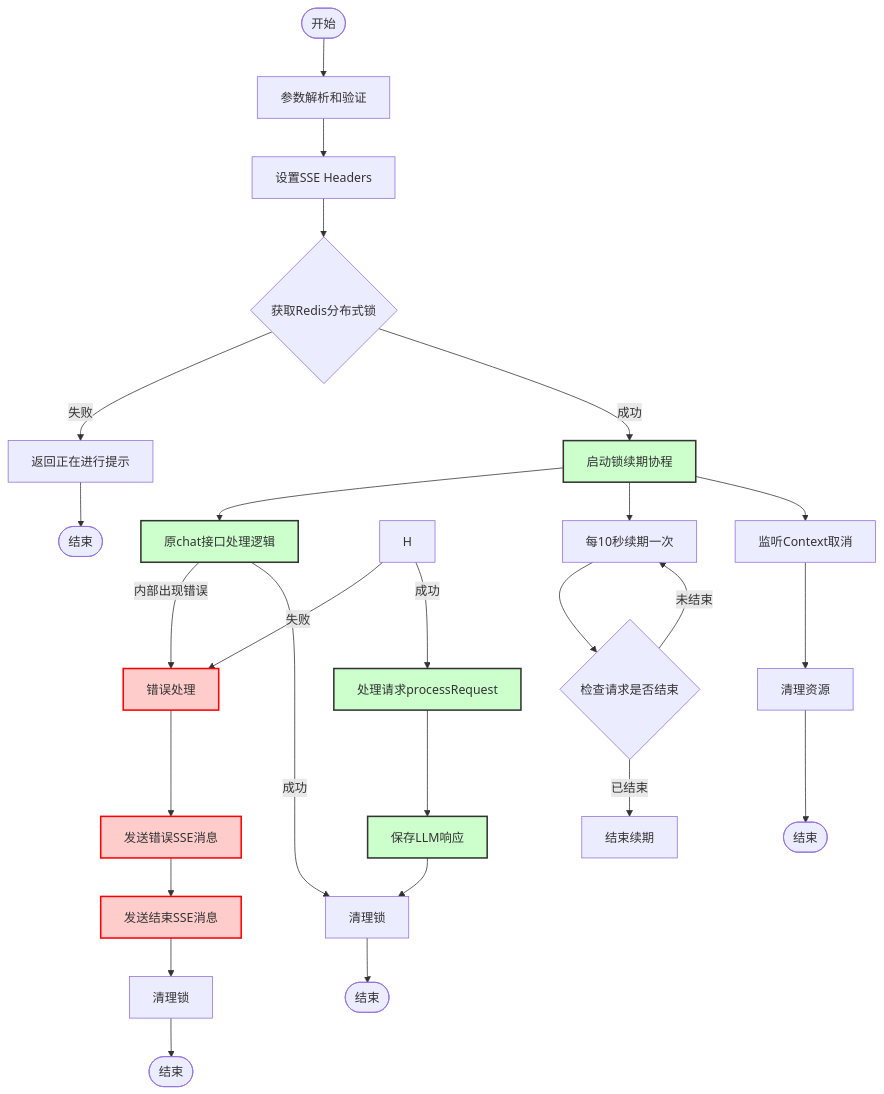
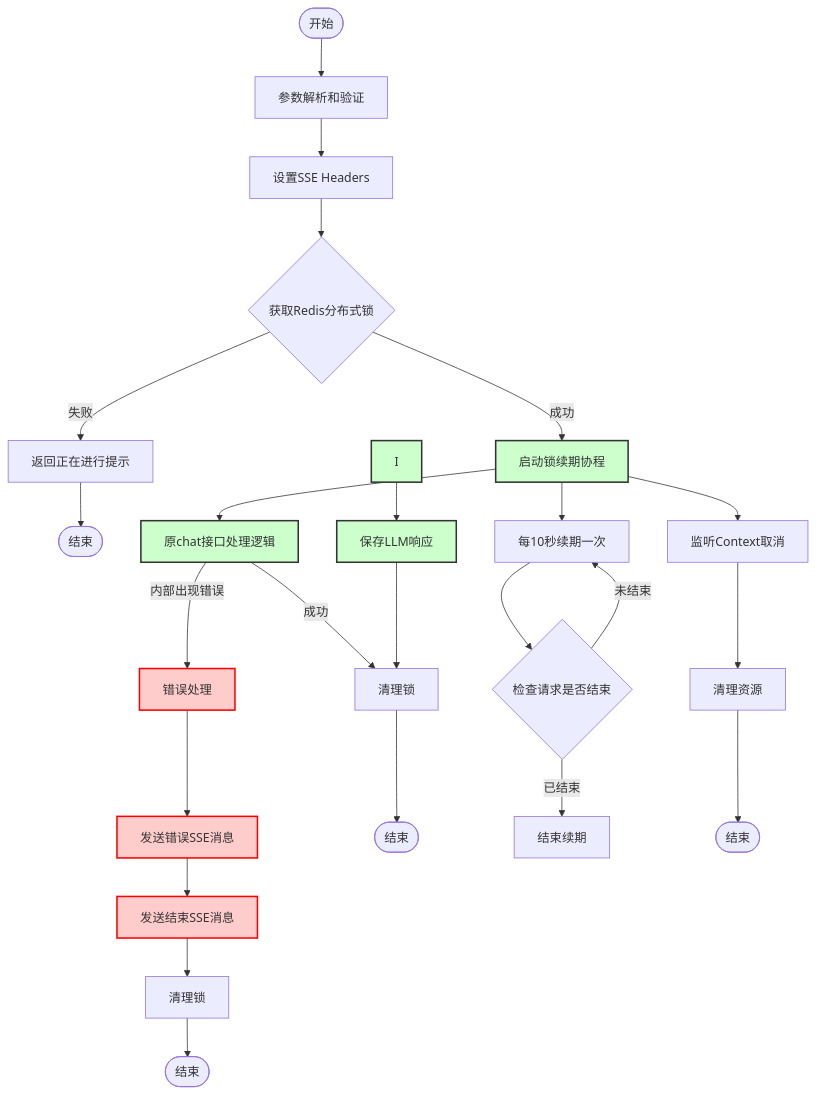
Before and after one commit to yingjianzh/iodraw-files: the diagram in all/未命名-15.md, drawn with Mermaid.

Commit message:
2025-01-02 17:44:34 update

````diff
--- a/all/未命名-15.md
+++ b/all/未命名-15.md
@@ -1,46 +1,44 @@
 ```mermaid
 flowchart TD
     Start([开始]) --> A[参数解析和验证]
     A --> B[设置SSE Headers]
     B --> C{获取Redis分布式锁}
     
     C -->|失败| D[返回正在进行提示]
     D --> End1([结束])
     
     C -->|成功| E[启动锁续期协程]
     E --> F[原chat接口处理逻辑]
     
     F -->|内部出现错误| G[错误处理]
     F -->|成功| N[清理锁]
     
-    H -->|失败| G[错误处理]
-    H -->|成功| I[处理请求processRequest]
     
     I --> J[保存LLM响应]
     
     %% 错误处理流程
     G --> K[发送错误SSE消息]
     K --> L[发送结束SSE消息]
     L --> M[清理锁]
     M --> End2([结束])
     
     %% 正常结束流程
     J --> N[清理锁]
     N --> End3([结束])
     
     %% 锁续期协程
     E --> O[每10秒续期一次]
     O --> P{检查请求是否结束}
     P -->|未结束| O
     P -->|已结束| Q[结束续期]
     
     %% Context取消监听
     E --> R[监听Context取消]
     R --> S[清理资源]
     S --> End4([结束])
     
     classDef error fill:#ffcccc,stroke:#ff0000,stroke-width:2px
     classDef normal fill:#ccffcc,stroke:#333,stroke-width:2px
     class G,K,L error
     class E,F,I,J normal
 ```
````
